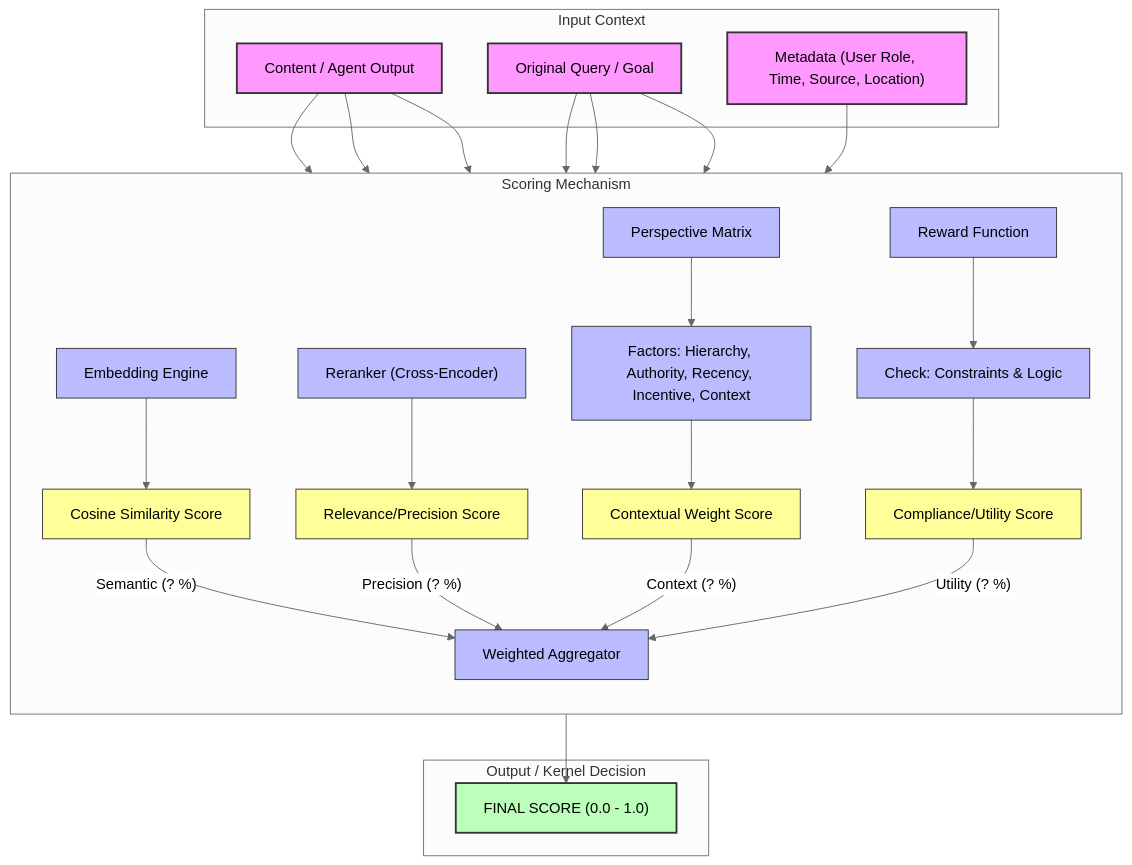
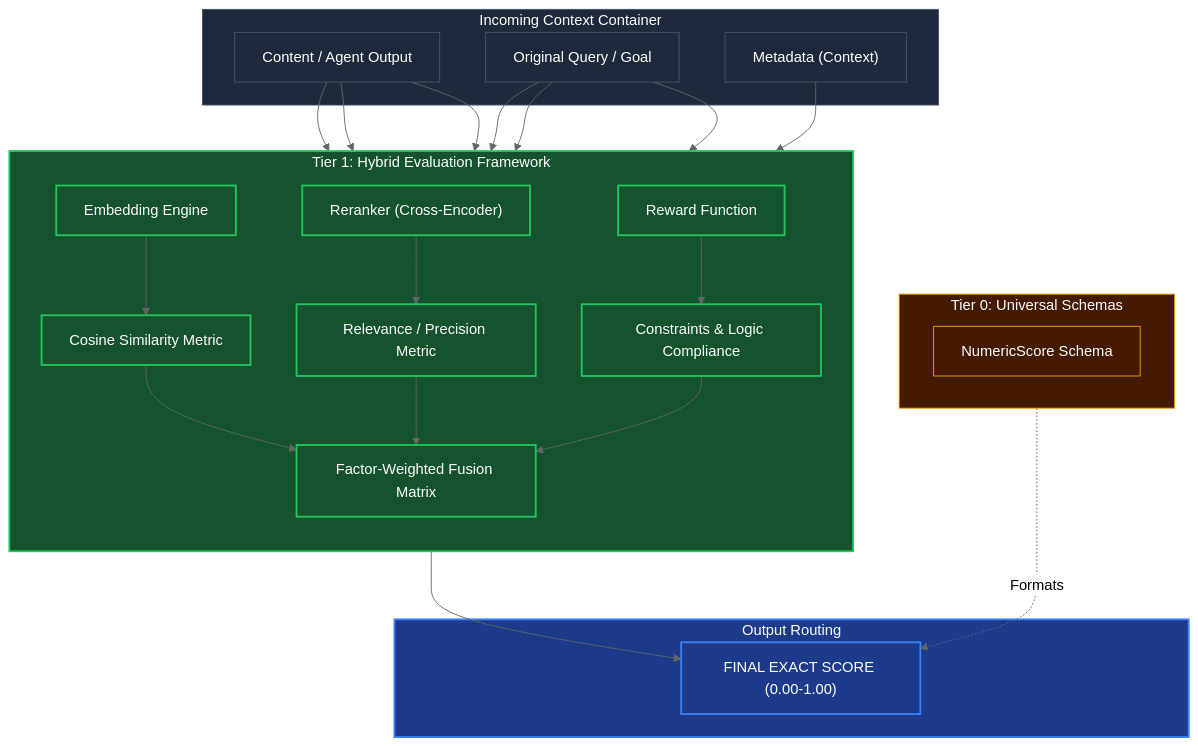
Before and after one commit to azzindani/Kea: the diagram in redesign/tier_1/scoring.md, drawn with Mermaid (neutral theme). The commit also changed other lines of this file and 22 other files, not shown here.

Commit message:
feat: Define the conceptual architecture and components for Kea's multi-tiered redesign across tiers 0-6.

````diff
--- a/redesign/tier_1/scoring.md
+++ b/redesign/tier_1/scoring.md
@@ -1,76 +10,67 @@
 ```mermaid
 ---
 config:
   layout: dagre
 ---
 flowchart TB
- subgraph sInput["Input Context"]
+    %% DOWNSTREAM IMPORTS
+    subgraph sTier0["Tier 0: Universal Schemas"]
+        direction LR
+        nScoreObj["NumericScore Schema"]
+    end
+
+    %% Inputs
+    subgraph sInput["Incoming Context Container"]
         nInput["Content / Agent Output"]
         nQuery["Original Query / Goal"]
-        nMeta["Metadata (User Role, Time, Source, Location)"]
-  end
+        nMeta["Metadata (Context)"]
+    end
 
- subgraph s2["Scoring Mechanism"]
+    %% TIER 1 CORE
+    subgraph sTier1["Tier 1: Hybrid Evaluation Framework"]
         direction TB
         
-        %% 1. Semantic Path
-        n15["Embedding Engine"]
-        nScoreVector["Cosine Similarity Score"]
+        %% Track 1: Semantic
+        nEmbed["Embedding Engine"]
+        nScoreVector["Cosine Similarity Metric"]
 
-        %% 2. Precision Path
-        n16["Reranker (Cross-Encoder)"]
-        nScoreRelevance["Relevance/Precision Score"]
+        %% Track 2: Precision
+        nRerank["Reranker (Cross-Encoder)"]
+        nScorePrecise["Relevance / Precision Metric"]
 
-        %% 3. Context Path (Perspective)
-        n18["Perspective Matrix"]
-        nPerspFactors["Factors: Hierarchy, Authority, Recency, Incentive, Context"]
-        nScorePersp["Contextual Weight Score"]
-
-        %% 4. Objective Path (Reward)
-        n17["Reward Function"]
-        nConstraints["Check: Constraints & Logic"]
-        nScoreReward["Compliance/Utility Score"]
+        %% Track 3: Objective Reward
+        nReward["Reward Function"]
+        nScoreReward["Constraints & Logic Compliance"]
 
         %% Aggregation
-        nAggregator["Weighted Aggregator"]
-  end
+        nAggregator["Factor-Weighted Fusion Matrix"]
+    end
 
- subgraph sOutput["Output / Kernel Decision"]
-        nFinalScore["FINAL SCORE (0.0 - 1.0)"]
-  end
+    %% Output
+    subgraph sOutput["Output Routing"]
+        nFinal["FINAL EXACT SCORE (0.00-1.00)"]
+    end
 
-    %% Wiring Inputs to Scorers
-    nInput & nQuery --> n15
-    n15 --> nScoreVector
+    %% Pathing
+    nInput & nQuery --> nEmbed & nRerank & nReward
+    
+    nEmbed --> nScoreVector --> nAggregator
+    nRerank --> nScorePrecise --> nAggregator
+    nReward --> nScoreReward --> nAggregator
+    
+    nMeta --> nAggregator
 
-    nInput & nQuery --> n16
-    n16 --> nScoreRelevance
-
-    nMeta --> n18
-    n18 --> nPerspFactors
-    nPerspFactors --> nScorePersp
-
-    nInput & nQuery --> n17
-    n17 --> nConstraints
-    nConstraints --> nScoreReward
-
-    %% Aggregation Wiring
-    nScoreVector -- "Semantic (? %)" --> nAggregator
-    nScoreRelevance -- "Precision (? %)" --> nAggregator
-    nScorePersp -- "Context (? %)" --> nAggregator
-    nScoreReward -- "Utility (? %)" --> nAggregator
-
-    %% Final Output
-    nAggregator --> nFinalScore
+    nAggregator --> nFinal
+    nScoreObj -.->|Formats| nFinal
 
     %% Styling
-    classDef input fill:#f9f,stroke:#333,stroke-width:2px;
-    classDef calc fill:#bbf,stroke:#333,stroke-width:1px;
-    classDef score fill:#ff9,stroke:#333,stroke-width:1px;
-    classDef final fill:#bfb,stroke:#333,stroke-width:2px;
-
-    class nInput,nQuery,nMeta input;
-    class n15,n16,n17,n18,nPerspFactors,nConstraints,nAggregator calc;
-    class nScoreVector,nScoreRelevance,nScorePersp,nScoreReward score;
-    class nFinalScore final;
+    classDef t0 fill:#451A03,stroke:#F59E0B,stroke-width:1px,color:#fff
+    classDef t1 fill:#14532D,stroke:#22C55E,stroke-width:2px,color:#fff
+    classDef in fill:#1e293b,stroke:#475569,stroke-width:1px,color:#fff
+    classDef out fill:#1E3A8A,stroke:#3B82F6,stroke-width:2px,color:#fff
+    
+    class sTier0,nScoreObj t0
+    class sInput,nInput,nQuery,nMeta in
+    class sTier1,nEmbed,nScoreVector,nRerank,nScorePrecise,nReward,nScoreReward,nAggregator t1
+    class sOutput,nFinal out
 ```
````
